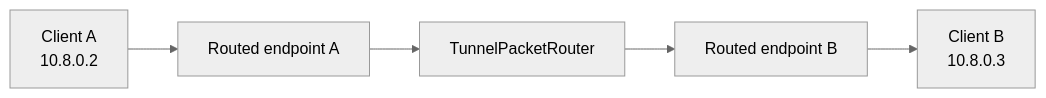
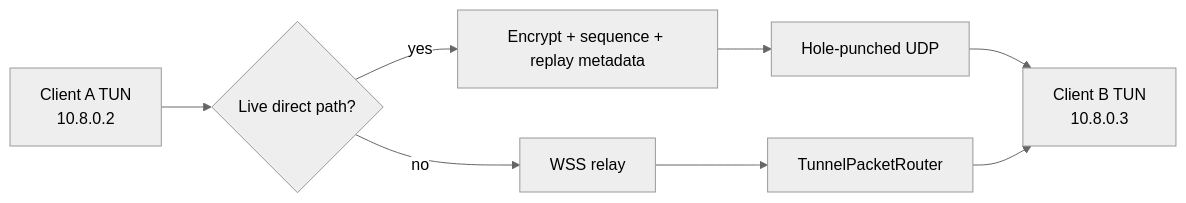
One commit to podkolzzzin/VPNSample changed the sixth of 7 diagrams in ARCHITECTURE.md. Above: the diagram before and after it, drawn with Mermaid (neutral theme). The commit also changed other lines of this file and 37 other files, not shown here.

````diff
--- a/ARCHITECTURE.md
+++ b/ARCHITECTURE.md
@@ -242,7 +269,10 @@
 ```mermaid
 flowchart LR
-    A[Client A<br/>10.8.0.2] --> RA[Routed endpoint A]
-    RA --> Router[TunnelPacketRouter]
-    Router --> RB[Routed endpoint B]
-    RB --> B[Client B<br/>10.8.0.3]
+    A[Client A TUN<br/>10.8.0.2] --> Lookup{Live direct path?}
+    Lookup -->|yes| AEAD[Encrypt + sequence + replay metadata]
+    AEAD --> UDP[Hole-punched UDP]
+    UDP --> B[Client B TUN<br/>10.8.0.3]
+    Lookup -->|no| WSS[WSS relay]
+    WSS --> Router[TunnelPacketRouter]
+    Router --> B
 ```
````
